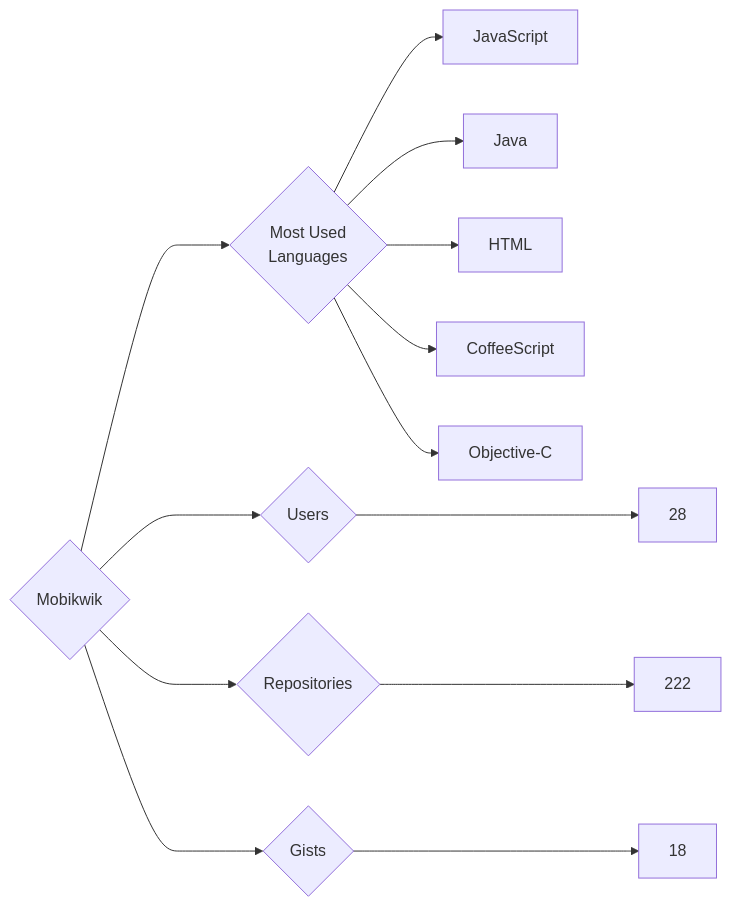
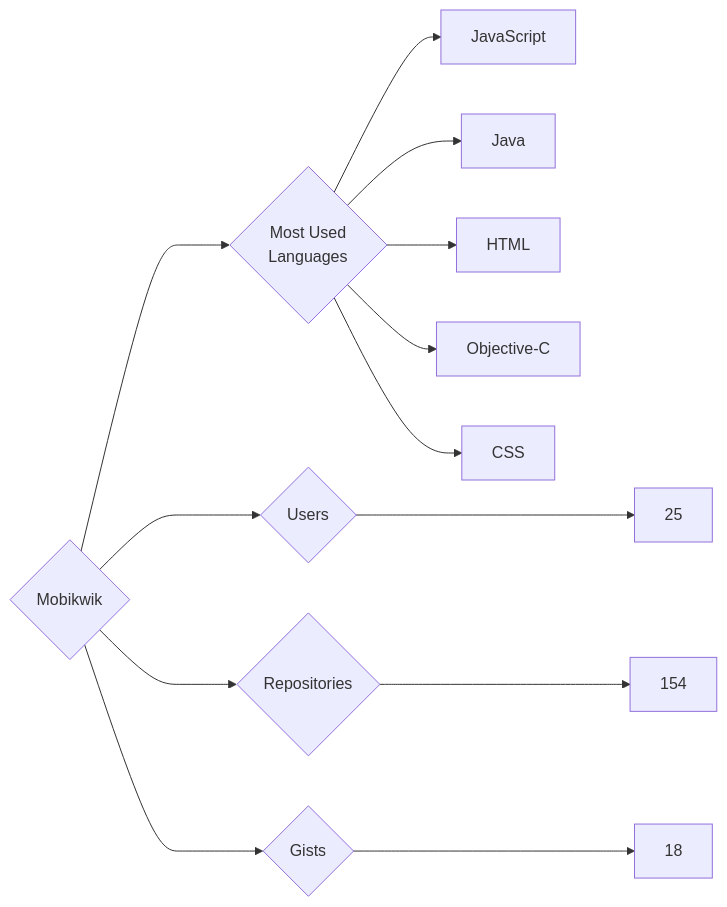
Before and after one commit to trickest/insiders: the diagram in targets/Mobikwik/README.md, drawn with Mermaid. The commit also changed 870 other files, not shown here.

````diff
--- a/targets/Mobikwik/README.md
+++ b/targets/Mobikwik/README.md
@@ -3,13 +3,13 @@
 ```mermaid
 graph LR
 COMPANY_NAME{Mobikwik}
-COMPANY_NAME ---> U{Users} ---> UN[28]
-COMPANY_NAME ---> R{Repositories} ---> RN[222]
+COMPANY_NAME ---> U{Users} ---> UN[25]
+COMPANY_NAME ---> R{Repositories} ---> RN[154]
 COMPANY_NAME ---> G{Gists} ---> GN[18]
 COMPANY_NAME ---> ML{Most Used<br>Languages}
 ML --> JavaScript[JavaScript]
 ML --> Java[Java]
 ML --> HTML[HTML]
-ML --> CoffeeScript[CoffeeScript]
 ML --> Objective-C[Objective-C]
+ML --> CSS[CSS]
 ```
````
